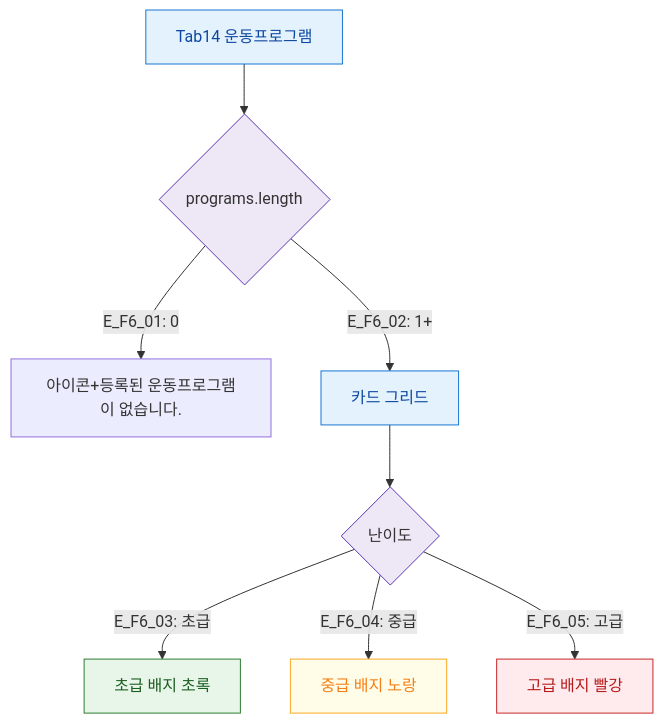
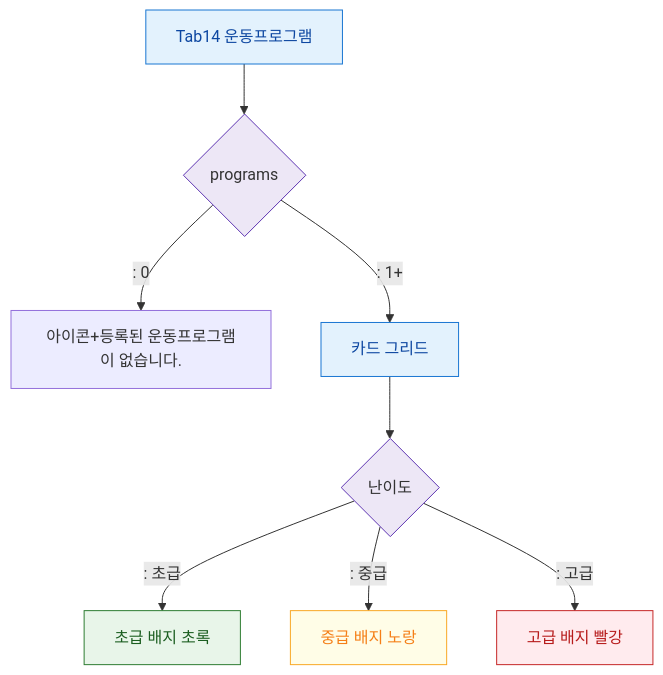
The diagram in docs/다이어그램/D02_회원관리/SCR-M004_회원상세/Tab14_운동프로그램/F6_상태별.md (dev-spogym/admin-pando), drawn with Mermaid before and after one commit. The commit also changed other lines of this file and 1660 other files, not shown here.

First line of the commit message:
다이어그램: 기획자/클라이언트 납품본으로 정리

````diff
--- a/docs/다이어그램/D02_회원관리/SCR-M004_회원상세/Tab14_운동프로그램/F6_상태별.md
+++ b/docs/다이어그램/D02_회원관리/SCR-M004_회원상세/Tab14_운동프로그램/F6_상태별.md
@@ -22,22 +20,22 @@
 ```mermaid
 flowchart TD
-  TAB[Tab14 운동프로그램] --> LIST{programs.length}
-  LIST -->|"E_F6_01: 0"| EMPTY[아이콘+등록된 운동프로그램이 없습니다.]
-  LIST -->|"E_F6_02: 1+"| GRID[카드 그리드]
+  TAB[Tab14 운동프로그램] --> LIST{programs}
+  LIST -->|": 0"|EMPTY[아이콘+등록된 운동프로그램이 없습니다.]
+  LIST -->|": 1+"|GRID[카드 그리드]
 
   GRID --> LEVEL{난이도}
-  LEVEL -->|"E_F6_03: 초급"| BEGINNER[초급 배지 초록]
-  LEVEL -->|"E_F6_04: 중급"| MIDDLE[중급 배지 노랑]
-  LEVEL -->|"E_F6_05: 고급"| ADVANCED[고급 배지 빨강]
+  LEVEL -->|": 초급"|BEGINNER[초급 배지 초록]
+  LEVEL -->|": 중급"|MIDDLE[중급 배지 노랑]
+  LEVEL -->|": 고급"|ADVANCED[고급 배지 빨강]
 
   classDef screen fill:#E3F2FD,stroke:#1976D2,color:#0D47A1
   classDef success fill:#E8F5E9,stroke:#2E7D32,color:#1B5E20
   classDef warning fill:#FFFDE7,stroke:#F9A825,color:#F57F17
   classDef error fill:#FFEBEE,stroke:#C62828,color:#B71C1C
   classDef system fill:#EDE7F6,stroke:#5E35B2
   class TAB,GRID screen
   class BEGINNER success
   class MIDDLE warning
   class ADVANCED error
   class LIST,LEVEL system
 ```
````
